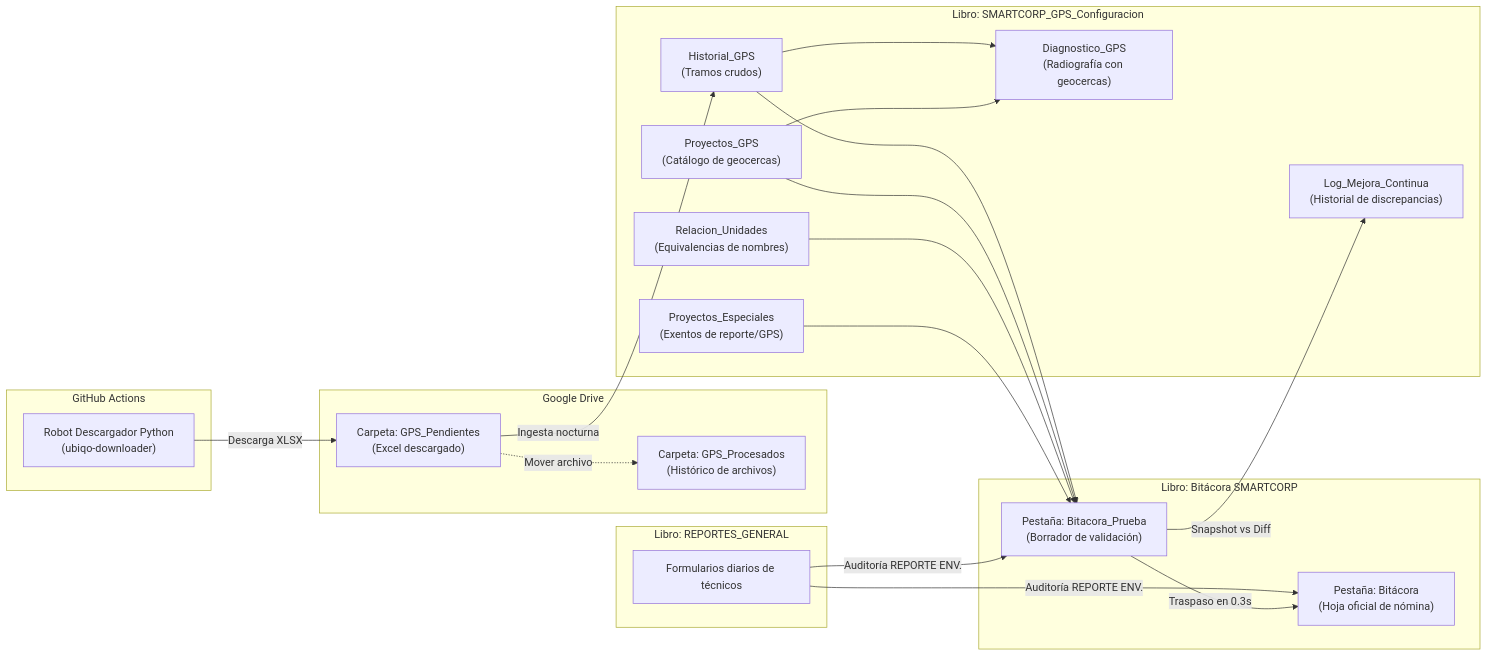
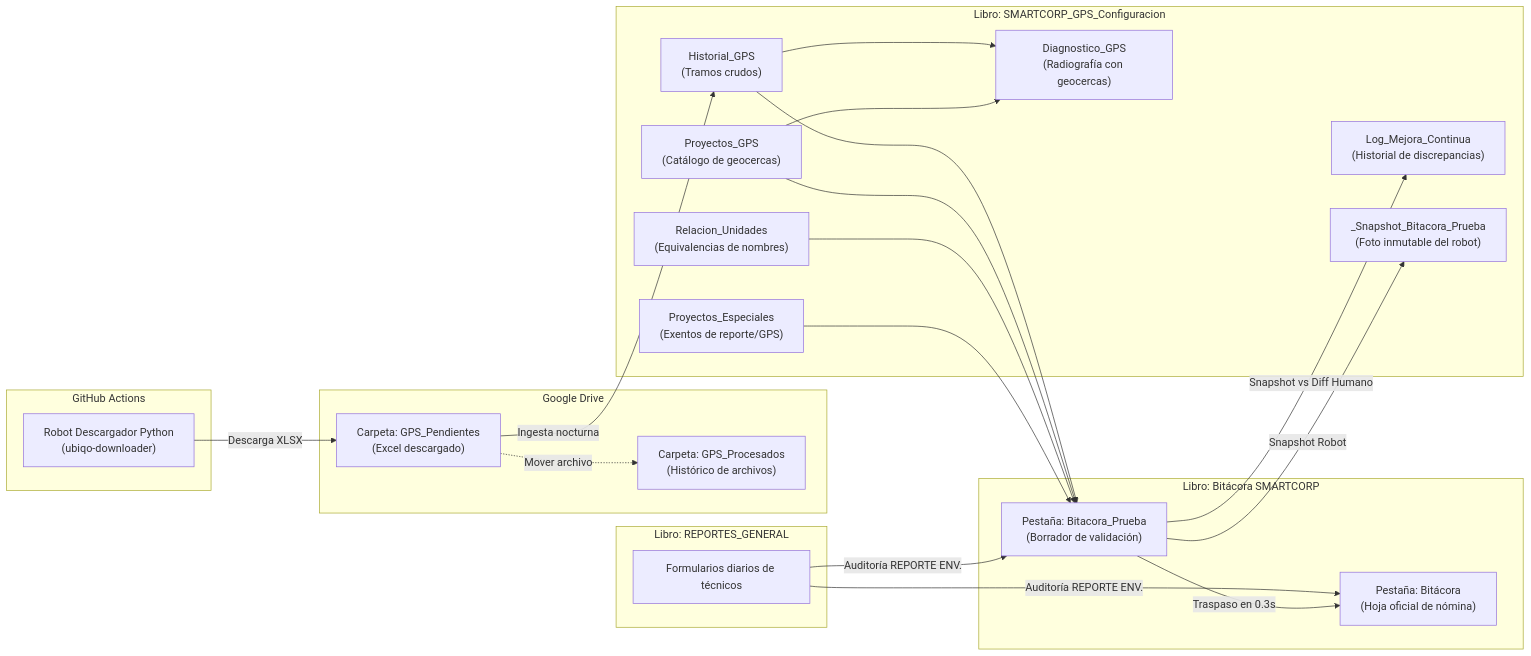
The first of 6 diagrams in reglas_de_negocio.md (gerardovg-sys/ubiqo-downloader), drawn with Mermaid before and after one commit. The commit also changed other lines of this file, not shown here.

Commit message:
docs: corregir sintaxis mermaid v11 (reemplazar timeline por flowchart TD) y desglosar exhaustivamente los 17 casos operativos uno por uno en reglas_de_negocio.md

````diff
--- a/reglas_de_negocio.md
+++ b/reglas_de_negocio.md
@@ -15,43 +15,45 @@
 ```mermaid
 flowchart LR
     subgraph Repo["GitHub Actions"]
         UbiqoBot["Robot Descargador Python<br/>(ubiqo-downloader)"]
     end
     
     subgraph Drive["Google Drive"]
         Pendientes["Carpeta: GPS_Pendientes<br/>(Excel descargado)"]
         Procesados["Carpeta: GPS_Procesados<br/>(Histórico de archivos)"]
     end
     
     subgraph LibroConfig["Libro: SMARTCORP_GPS_Configuracion"]
         H_GPS["Historial_GPS<br/>(Tramos crudos)"]
         D_GPS["Diagnostico_GPS<br/>(Radiografía con geocercas)"]
         P_GPS["Proyectos_GPS<br/>(Catálogo de geocercas)"]
         R_UN["Relacion_Unidades<br/>(Equivalencias de nombres)"]
         P_ESP["Proyectos_Especiales<br/>(Exentos de reporte/GPS)"]
         L_MC["Log_Mejora_Continua<br/>(Historial de discrepancias)"]
+        Snap_P["_Snapshot_Bitacora_Prueba<br/>(Foto inmutable del robot)"]
     end
     
     subgraph LibroBitacora["Libro: Bitácora SMARTCORP"]
         B_Real["Pestaña: Bitácora<br/>(Hoja oficial de nómina)"]
         B_Prueba["Pestaña: Bitacora_Prueba<br/>(Borrador de validación)"]
     end
     
     subgraph LibroReportes["Libro: REPORTES_GENERAL"]
         R_Gen["Formularios diarios de técnicos"]
     end
 
     UbiqoBot -->|Descarga XLSX| Pendientes
     Pendientes -->|Ingesta nocturna| H_GPS
     H_GPS --> D_GPS
     H_GPS --> B_Prueba
     P_GPS --> D_GPS
     P_GPS --> B_Prueba
     R_UN --> B_Prueba
     P_ESP --> B_Prueba
     R_Gen -->|Auditoría REPORTE ENV.| B_Prueba
     R_Gen -->|Auditoría REPORTE ENV.| B_Real
-    B_Prueba -->|Snapshot vs Diff| L_MC
+    B_Prueba -->|Snapshot Robot| Snap_P
+    B_Prueba -->|Snapshot vs Diff Humano| L_MC
     B_Prueba -->|Traspaso en 0.3s| B_Real
     Pendientes -.->|Mover archivo| Procesados
 ```
````
